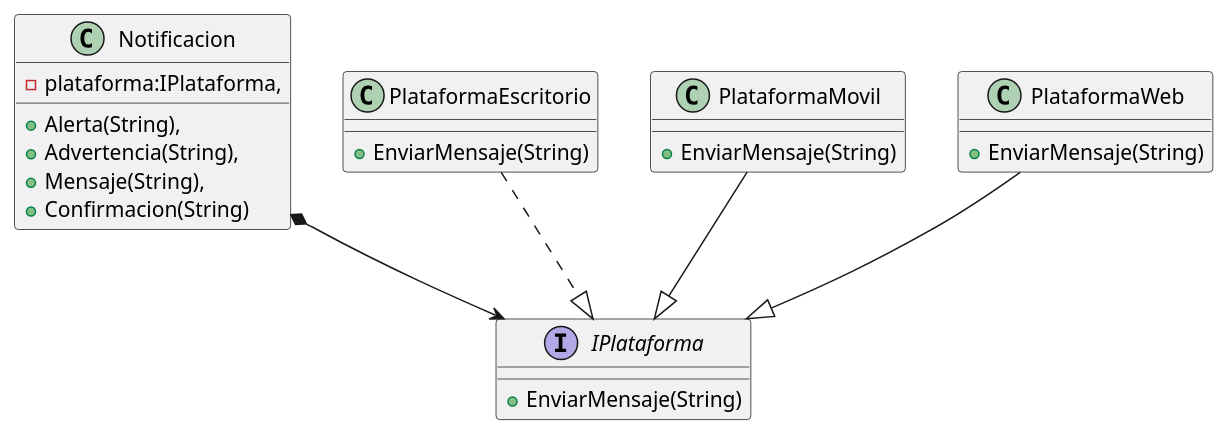
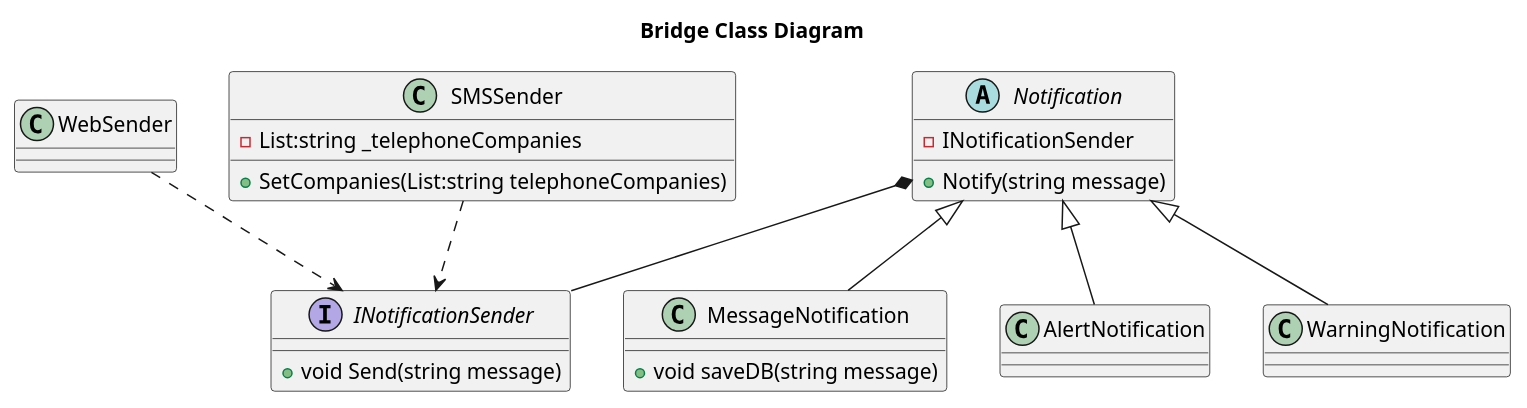
Before and after one commit to wlemus/tarea-patrones: the diagram in documentacion/Problema2.puml, drawn with PlantUML. The commit also changed 3 other files, not shown here.

```diff
--- a/documentacion/Problema2.puml
+++ b/documentacion/Problema2.puml
@@ -1,31 +1,37 @@
 @startuml
 
-interface IPlataforma{
- +EnviarMensaje(String)
+title Bridge Class Diagram
+
+interface INotificationSender{
+  +void Send(string message)
+}
+abstract Notification{
+  -INotificationSender
+  +Notify(string message)
 }
 
-class Notificacion {
--plataforma:IPlataforma,
-+Alerta(String),
-+Advertencia(String),
-+Mensaje(String),
-+Confirmacion(String)
+class WebSender
+class SMSSender{
+-List:string _telephoneCompanies
++SetCompanies(List:string telephoneCompanies)
 }
 
-class PlataformaEscritorio {
- +EnviarMensaje(String)
- }
+class MessageNotification {
+ +void saveDB(string message)
+}
+class AlertNotification 
+class WarningNotification 
 
-class PlataformaMovil {
- +EnviarMensaje(String)
- }
- 
- class PlataformaWeb {
-  +EnviarMensaje(String)
- }
- 
-PlataformaEscritorio ..|> IPlataforma
-PlataformaMovil --|>  IPlataforma
-PlataformaWeb --|> IPlataforma
-Notificacion *--> IPlataforma
+
+
+Notification *-- INotificationSender
+
+WebSender ..> INotificationSender
+SMSSender ..> INotificationSender 
+Notification <|-- MessageNotification
+Notification <|-- AlertNotification
+Notification <|-- WarningNotification
+
+
+
 @enduml
```
